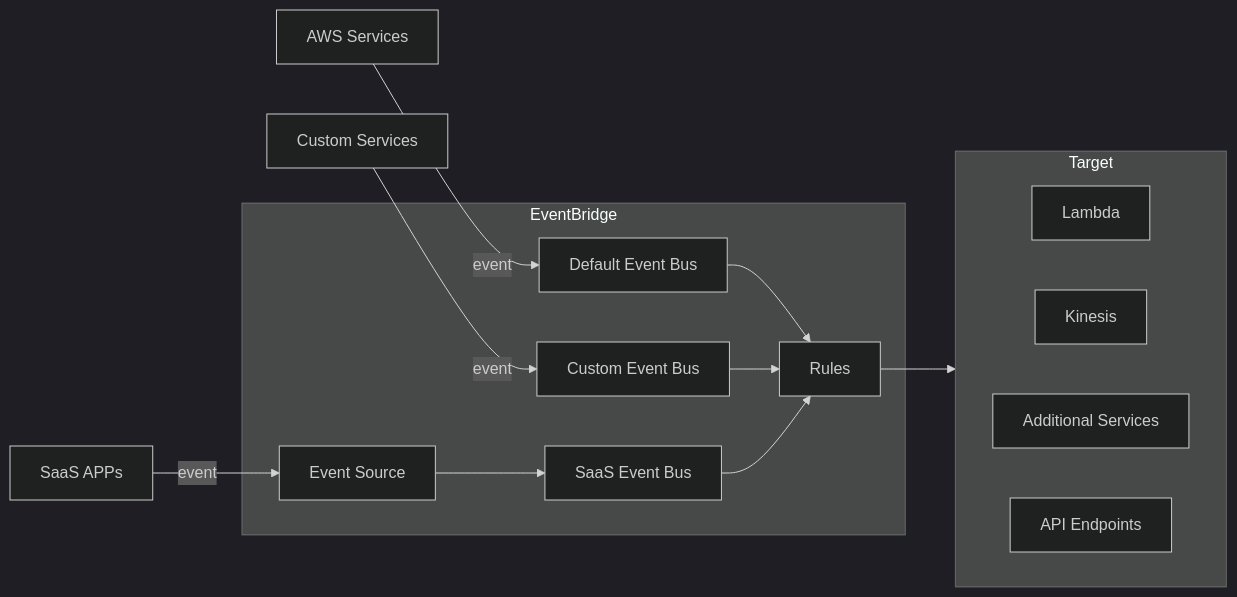
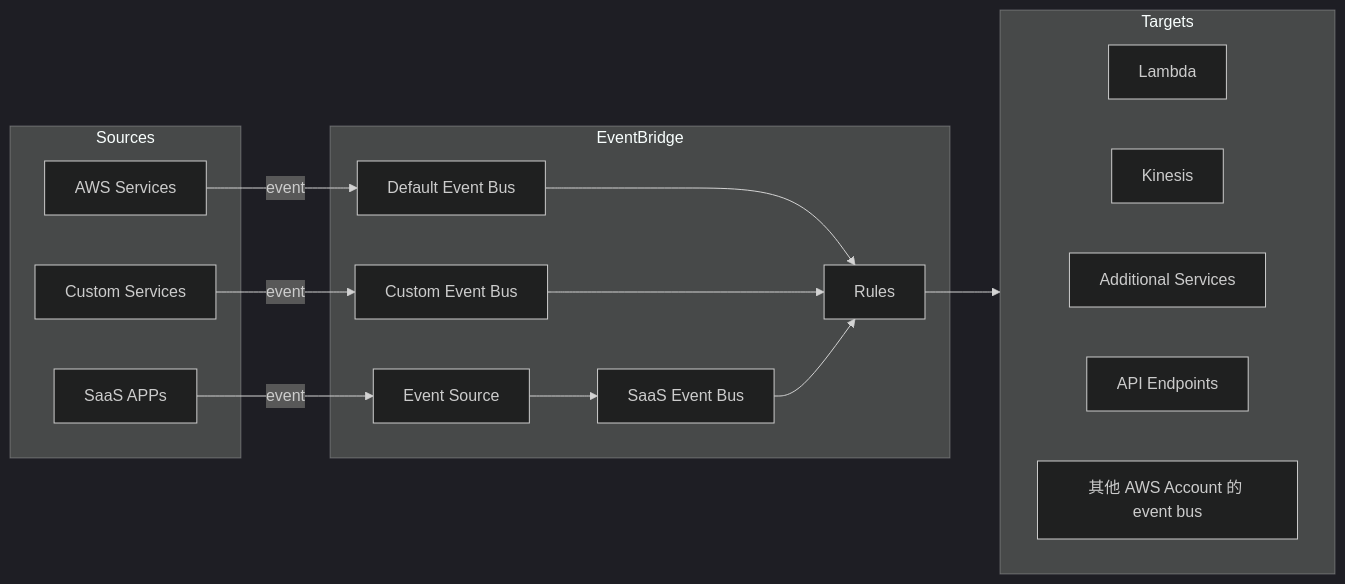
Before and after one commit to cool21540125/documentation-notes: the diagram in aws/CloudWatch.md, drawn with Mermaid (dark theme). The commit also changed other lines of this file and 7 other files, not shown here.

Commit message:
AWS SAA VPC

````diff
--- a/aws/CloudWatch.md
+++ b/aws/CloudWatch.md
@@ -152,22 +161,29 @@
-```mermaid
-flowchart LR
+    ```mermaid
+    flowchart LR
 
-subgraph eb["EventBridge"]
-    deb["Default Event Bus"] --> Rules;
-    ceb["Custom Event Bus"] --> Rules;
-    seb["SaaS Event Bus"] --> Rules;
-    es["Event Source"]
-end
+    subgraph Sources
+        as["AWS Services"]
+        cs["Custom Services"]
+        saas["SaaS APPs"]
+    end
 
-es --> seb;
-as["AWS Services"] -- event --> deb;
-cs["Custom Services"] -- event --> ceb;
-saas["SaaS APPs"] -- event --> es;
+    subgraph eb["EventBridge"]
+        deb["Default Event Bus"] --> Rules;
+        ceb["Custom Event Bus"] --> Rules;
+        seb["SaaS Event Bus"] --> Rules;
+        es["Event Source"]
+    end
 
-subgraph Target
-    direction LR;
-    Lambda; Kinesis; ad["Additional Services"];
-    api["API Endpoints"]
-end
-Rules --> Target;
-```
+    es --> seb;
+    as -- event --> deb;
+    cs -- event --> ceb;
+    saas -- event --> es;
+
+    subgraph Targets
+        direction LR;
+        Lambda; Kinesis; ad["Additional Services"];
+        api["API Endpoints"]
+        other["其他 AWS Account 的 event bus"]
+    end
+    Rules --> Targets;
+    ```
````
